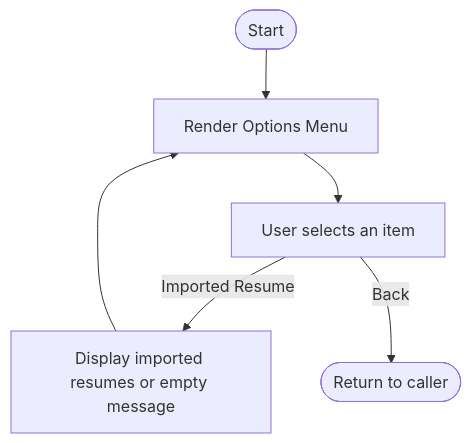
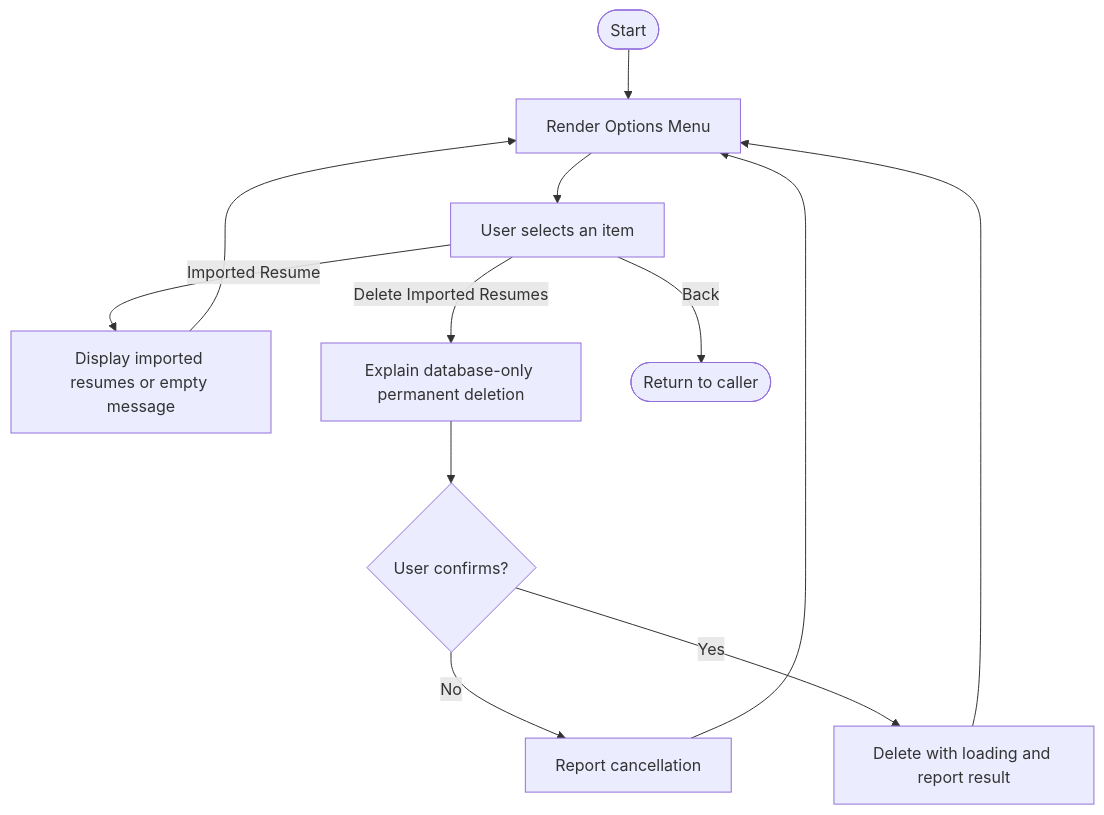
Before and after one commit to DelgadoArlee/cv-brewer: the diagram in app/cli/docs/processes/options-menu.md, drawn with Mermaid. The commit also changed other lines of this file and 29 other files, not shown here.

`````diff
--- a/app/cli/docs/processes/options-menu.md
+++ b/app/cli/docs/processes/options-menu.md
@@ -41,8 +47,14 @@
 ```` mermaid
 flowchart TD
     A([Start]) --> B[Render Options Menu]
     B --> C[User selects an item]
     C -->|Imported Resume| D[Display imported resumes or empty message]
     D --> B
-    C -->|Back| E([Return to caller])
+    C -->|Delete Imported Resumes| E[Explain database-only permanent deletion]
+    E --> F{User confirms?}
+    F -->|No| G[Report cancellation]
+    G --> B
+    F -->|Yes| H[Delete with loading and report result]
+    H --> B
+    C -->|Back| I([Return to caller])
 ````
`````
